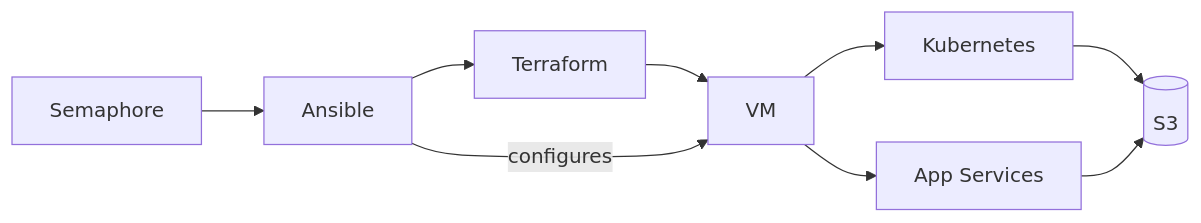
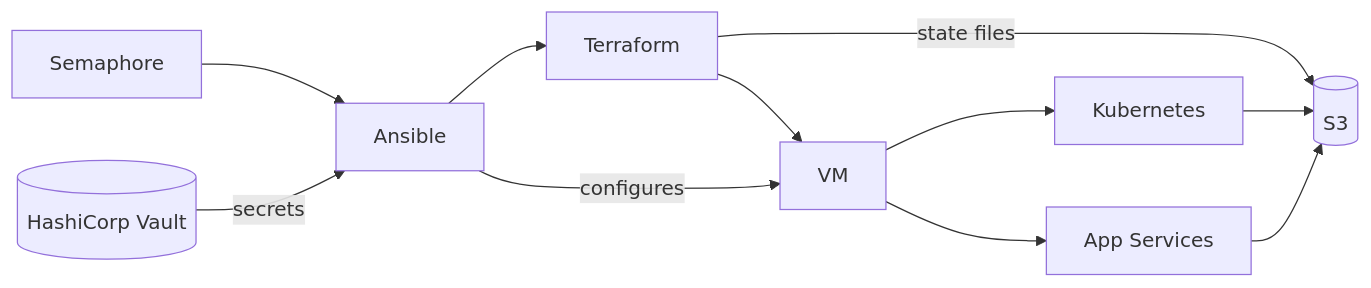
Before and after one commit to ColtonDx/Homelab-Github: the diagram in design.md, drawn with Mermaid.

Commit message:
updated mermaid

````diff
--- a/design.md
+++ b/design.md
@@ -65,11 +65,13 @@
 ```mermaid
 flowchart LR
     semaphore[Semaphore] --> ansible[Ansible]
+    vault[(HashiCorp Vault)] -->|secrets| ansible
     ansible --> terraform[Terraform]
+    terraform -->|state files| s3[(S3)]
     terraform --> vm[VM]
     ansible -->|configures| vm
     vm --> apps[App Services]
     vm --> k8s[Kubernetes]
-    k8s --> s3[(S3)]
+    k8s --> s3
     apps --> s3
 ```
````
